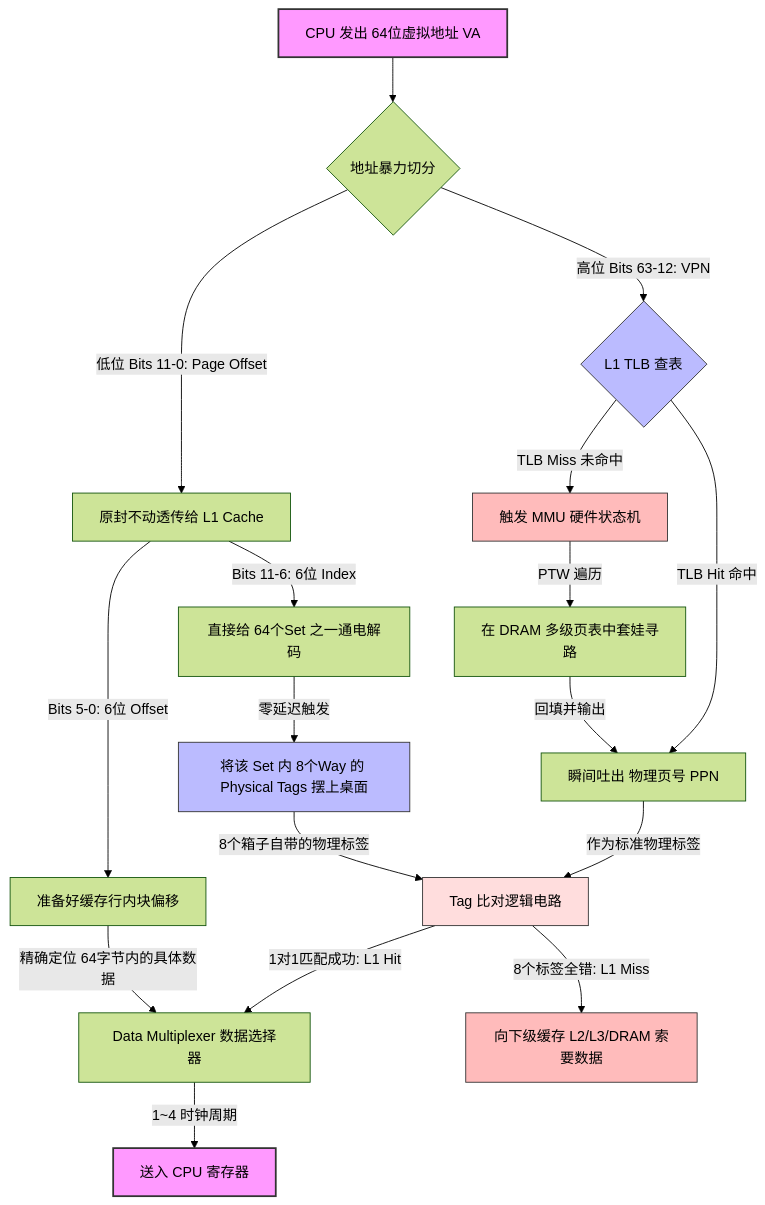
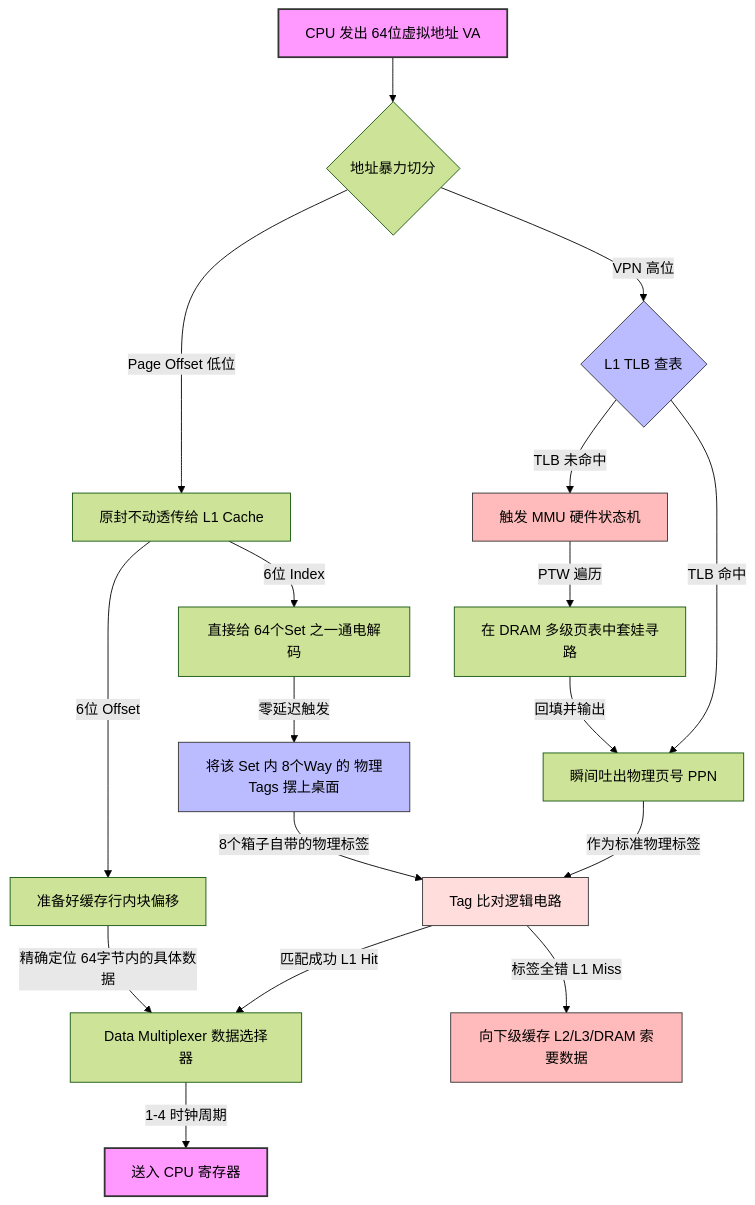
One commit to acloudygamer/cs-ai-knowledge changed the diagram in 0-计算机基础/01-计算机体系/01-硬件组成.md. Above: the diagram before and after it, drawn with Mermaid (forest theme). The commit also changed other lines of this file, not shown here.

Commit message:
Update 01-硬件组成.md
简化Mermaid的语法

````diff
--- a/0-计算机基础/01-计算机体系/01-硬件组成.md
+++ b/0-计算机基础/01-计算机体系/01-硬件组成.md
@@ -351,46 +351,41 @@
 ```mermaid
 graph TD
-    %% 样式定义
-    classDef cpu fill:#f9f,stroke:#333,stroke-width:2px;
-    classDef hardware fill:#bbf,stroke:#333,stroke-width:1px;
-    classDef logic fill:#fdd,stroke:#333,stroke-width:1px;
-    classDef miss fill:#fbb,stroke:#333,stroke-width:1px;
-
     %% 核心流程
-    VA[CPU 发出 64位虚拟地址 VA] --> SPLIT{地址暴力切分}
-    class VA cpu;
+    VA["CPU 发出 64位虚拟地址 VA"] --> SPLIT{"地址暴力切分"}
 
     %% 左路：TLB 翻译（高位）
-    SPLIT -->|高位 Bits 63-12: VPN| TLB{L1 TLB 查表}
-    class TLB hardware;
+    SPLIT -->|VPN 高位| TLB{"L1 TLB 查表"}
     
-    TLB -->|TLB Hit 命中| PPN[瞬间吐出 物理页号 PPN]
-    TLB -->|TLB Miss 未命中| MMU[触发 MMU 硬件状态机]
-    class MMU miss;
-    MMU -->|PTW 遍历| DRAM[在 DRAM 多级页表中套娃寻路]
+    TLB -->|TLB 命中| PPN["瞬间吐出物理页号 PPN"]
+    TLB -->|TLB 未命中| MMU["触发 MMU 硬件状态机"]
+    MMU -->|PTW 遍历| DRAM["在 DRAM 多级页表中套娃寻路"]
     DRAM -->|回填并输出| PPN
     
-    %% 右路：L1 Cache 组寻址（低位：翻译前后的绝对不变区）
-    SPLIT -->|低位 Bits 11-0: Page Offset| CACHE_INPUT[原封不动透传给 L1 Cache]
+    %% 右路：L1 Cache 组寻址（低位：翻译前后绝对不变区）
+    SPLIT -->|Page Offset 低位| CACHE_INPUT["原封不动透传给 L1 Cache"]
     
-    CACHE_INPUT -->|Bits 11-6: 6位 Index| SET_SELECT[直接给 64个Set 之一通电解码]
-    CACHE_INPUT -->|Bits 5-0: 6位 Offset| LINE_OFFSET[准备好缓存行内块偏移]
+    CACHE_INPUT -->|6位 Index| SET_SELECT["直接给 64个Set 之一通电解码"]
+    CACHE_INPUT -->|6位 Offset| LINE_OFFSET["准备好缓存行内块偏移"]
     
-    SET_SELECT -->|零延迟触发| FETCH_WAYS[将该 Set 内 8个Way 的 Physical Tags 摆上桌面]
-    class FETCH_WAYS hardware;
+    SET_SELECT -->|零延迟触发| FETCH_WAYS["将该 Set 内 8个Way 的 物理Tags 摆上桌面"]
 
     %% 汇合点：Tag 比对（一把钥匙配 8 把锁）
-    PPN -->|作为标准物理标签| TAG_COMP[Tag 比对逻辑电路]
+    PPN -->|作为标准物理标签| TAG_COMP["Tag 比对逻辑电路"]
     FETCH_WAYS -->|8个箱子自带的物理标签| TAG_COMP
-    class TAG_COMP logic;
 
     %% 最终结果
-    TAG_COMP -->|1对1匹配成功: L1 Hit| MUX[Data Multiplexer 数据选择器]
+    TAG_COMP -->|匹配成功 L1 Hit| MUX["Data Multiplexer 数据选择器"]
     LINE_OFFSET -->|精确定位 64字节内的具体数据| MUX
-    MUX -->|1~4 时钟周期| REG[送入 CPU 寄存器]
-    class REG cpu;
+    MUX -->|1-4 时钟周期| REG["送入 CPU 寄存器"]
 
-    TAG_COMP -->|8个标签全错: L1 Miss| L2[向下级缓存 L2/L3/DRAM 索要数据]
-    class L2 miss;
+    TAG_COMP -->|标签全错 L1 Miss| L2["向下级缓存 L2/L3/DRAM 索要数据"]
 
+    %% 内联样式定义（解决 GitHub 报错的终极手段）
+    style VA fill:#f9f,stroke:#333,stroke-width:2px;
+    style REG fill:#f9f,stroke:#333,stroke-width:2px;
+    style TLB fill:#bbf,stroke:#333,stroke-width:1px;
+    style FETCH_WAYS fill:#bbf,stroke:#333,stroke-width:1px;
+    style TAG_COMP fill:#fdd,stroke:#333,stroke-width:1px;
+    style MMU fill:#fbb,stroke:#333,stroke-width:1px;
+    style L2 fill:#fbb,stroke:#333,stroke-width:1px;
 ```
````
